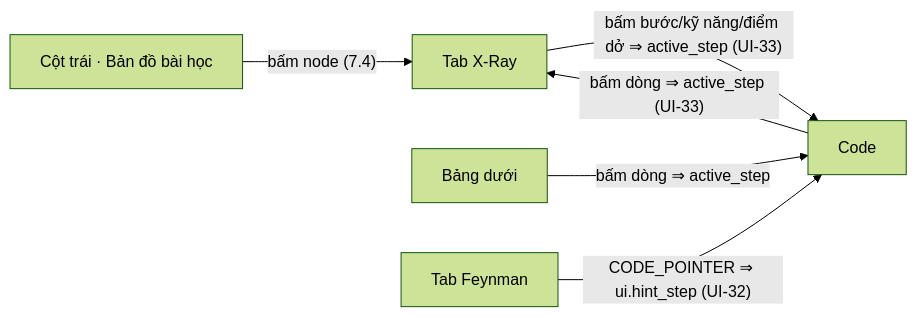
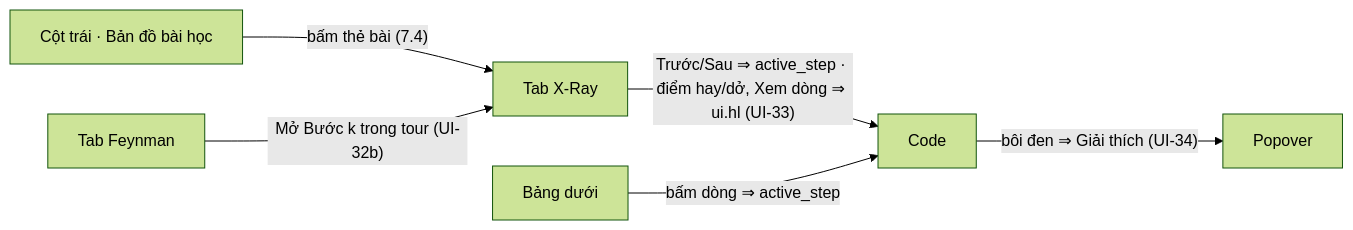
The diagram in docs/spec/30_UI.md (ThanhThien-coder/demo-HackathonSGU-2026), drawn with Mermaid (forest theme) before and after one commit. The commit also changed other lines of this file, not shown here.

Commit message:
docs(spec): viết lại spec 30 theo quy trình học mới

````diff
--- a/docs/spec/30_UI.md
+++ b/docs/spec/30_UI.md
@@ -18,8 +16,8 @@
 ```mermaid
 flowchart LR
-  MAP["Cột trái · Bản đồ bài học"] -- "bấm node (7.4)" --> XR["Tab X-Ray"]
-  XR -- "bấm bước/kỹ năng/điểm dở ⇒ active_step (UI-33)" --> CODE["Code"]
-  CODE -- "bấm dòng ⇒ active_step (UI-33)" --> XR
+  MAP["Cột trái · Bản đồ bài học"] -- "bấm thẻ bài (7.4)" --> XR["Tab X-Ray"]
+  XR -- "Trước/Sau ⇒ active_step · điểm hay/dở, Xem dòng ⇒ ui.hl (UI-33)" --> CODE["Code"]
   BOT["Bảng dưới"] -- "bấm dòng ⇒ active_step" --> CODE
-  FY["Tab Feynman"] -- "CODE_POINTER ⇒ ui.hint_step (UI-32)" --> CODE
+  FY["Tab Feynman"] -- "Mở Bước k trong tour (UI-32b)" --> XR
+  CODE -- "bôi đen ⇒ Giải thích (UI-34)" --> POP["Popover"]
 ```
````
